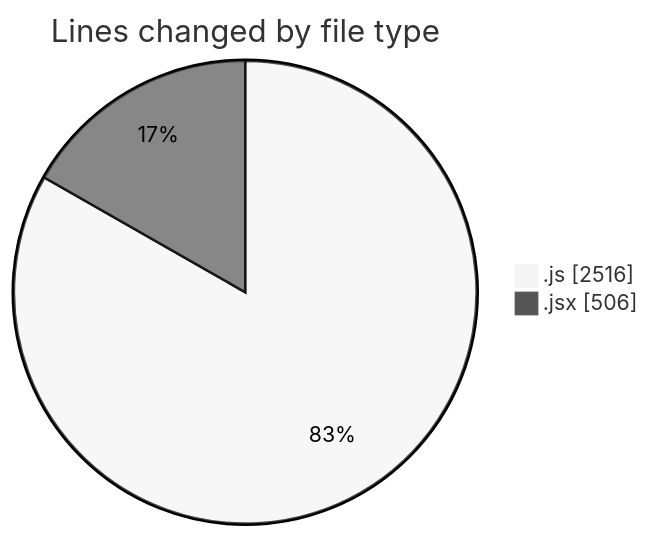
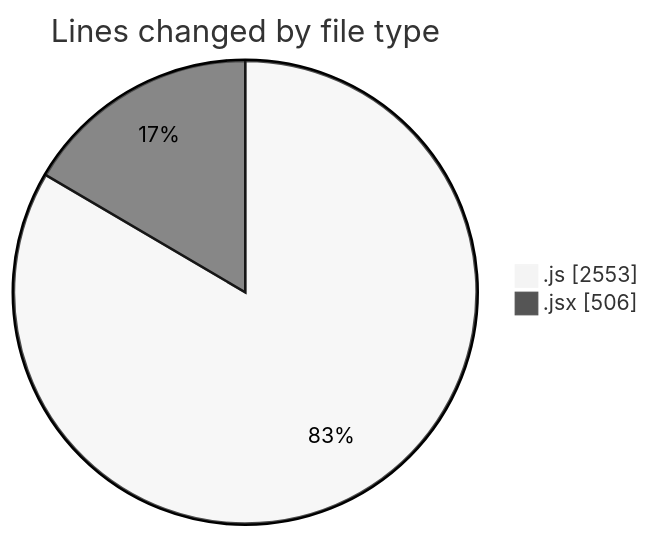
Before and after one commit to nxtqubesakshisongat/code-tracking: the first of 2 diagrams in 2025-07-27/nxtqube_webapp/README.md, drawn with Mermaid (neutral theme). The commit also changed other lines of this file and 1 other file, not shown here.

````diff
--- a/2025-07-27/nxtqube_webapp/README.md
+++ b/2025-07-27/nxtqube_webapp/README.md
@@ -24,6 +24,6 @@
 ```mermaid
 pie showData
 title Lines changed by file type
-".js" : 2516
+".js" : 2553
 ".jsx" : 506
 ```
````
